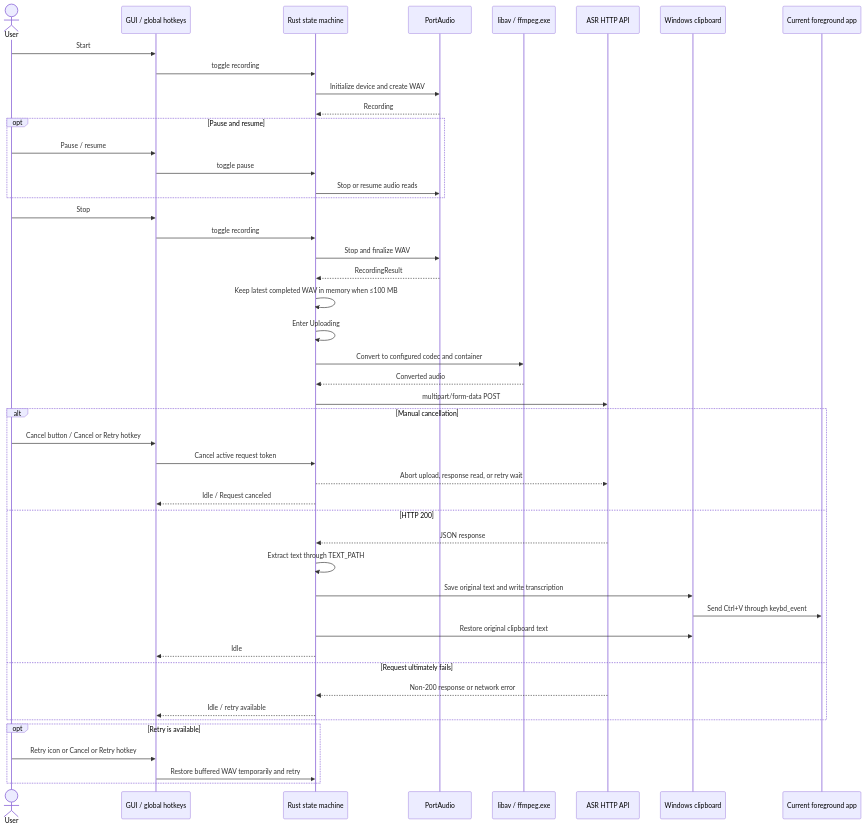
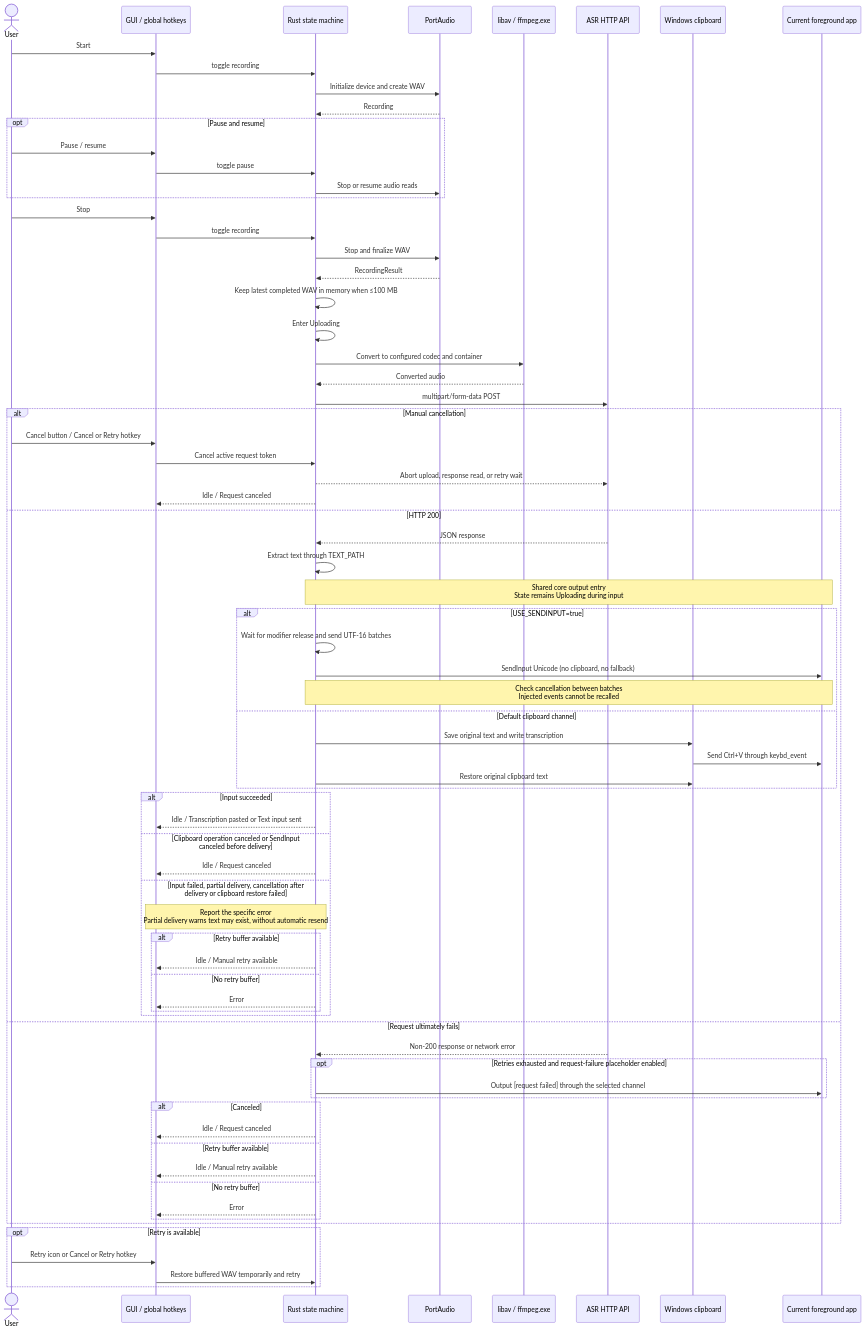
The second of 3 diagrams in README.md (Joey-Kot/STT-for-Windows), drawn with Mermaid before and after one commit. The commit also changed other lines of this file and 12 other files, not shown here.

First line of the commit message:
feat: 新增可选的 SendInput 文本输入通道

````diff
--- a/README.md
+++ b/README.md
@@ -100,54 +103,81 @@
 ```mermaid
 sequenceDiagram
     actor User
     participant Control as GUI / global hotkeys
     participant Runtime as Rust state machine
     participant Recorder as PortAudio
     participant Converter as libav / ffmpeg.exe
     participant ASR as ASR HTTP API
     participant Clipboard as Windows clipboard
     participant App as Current foreground app
 
     User->>Control: Start
     Control->>Runtime: toggle recording
     Runtime->>Recorder: Initialize device and create WAV
     Recorder-->>Runtime: Recording
 
     opt Pause and resume
         User->>Control: Pause / resume
         Control->>Runtime: toggle pause
         Runtime->>Recorder: Stop or resume audio reads
     end
 
     User->>Control: Stop
     Control->>Runtime: toggle recording
     Runtime->>Recorder: Stop and finalize WAV
     Recorder-->>Runtime: RecordingResult
     Runtime->>Runtime: Keep latest completed WAV in memory when ≤100 MB
     Runtime->>Runtime: Enter Uploading
     Runtime->>Converter: Convert to configured codec and container
     Converter-->>Runtime: Converted audio
     Runtime->>ASR: multipart/form-data POST
 
     alt Manual cancellation
         User->>Control: Cancel button / Cancel or Retry hotkey
         Control->>Runtime: Cancel active request token
         Runtime-->>ASR: Abort upload, response read, or retry wait
         Runtime-->>Control: Idle / Request canceled
     else HTTP 200
         ASR-->>Runtime: JSON response
         Runtime->>Runtime: Extract text through TEXT_PATH
-        Runtime->>Clipboard: Save original text and write transcription
-        Clipboard->>App: Send Ctrl+V through keybd_event
-        Runtime->>Clipboard: Restore original clipboard text
-        Runtime-->>Control: Idle
+        Note over Runtime,App: Shared core output entry<br/>State remains Uploading during input
+        alt USE_SENDINPUT=true
+            Runtime->>Runtime: Wait for modifier release and send UTF-16 batches
+            Runtime->>App: SendInput Unicode (no clipboard, no fallback)
+            Note over Runtime,App: Check cancellation between batches<br/>Injected events cannot be recalled
+        else Default clipboard channel
+            Runtime->>Clipboard: Save original text and write transcription
+            Clipboard->>App: Send Ctrl+V through keybd_event
+            Runtime->>Clipboard: Restore original clipboard text
+        end
+        alt Input succeeded
+            Runtime-->>Control: Idle / Transcription pasted or Text input sent
+        else Clipboard operation canceled or SendInput canceled before delivery
+            Runtime-->>Control: Idle / Request canceled
+        else Input failed, partial delivery, cancellation after delivery or clipboard restore failed
+            Note over Runtime,Control: Report the specific error<br/>Partial delivery warns text may exist, without automatic resend
+            alt Retry buffer available
+                Runtime-->>Control: Idle / Manual retry available
+            else No retry buffer
+                Runtime-->>Control: Error
+            end
+        end
     else Request ultimately fails
         ASR-->>Runtime: Non-200 response or network error
-        Runtime-->>Control: Idle / retry available
+        opt Retries exhausted and request-failure placeholder enabled
+            Runtime->>App: Output [request failed] through the selected channel
+        end
+        alt Canceled
+            Runtime-->>Control: Idle / Request canceled
+        else Retry buffer available
+            Runtime-->>Control: Idle / Manual retry available
+        else No retry buffer
+            Runtime-->>Control: Error
+        end
     end
 
     opt Retry is available
         User->>Control: Retry icon or Cancel or Retry hotkey
         Control->>Runtime: Restore buffered WAV temporarily and retry
     end
 ```
````
